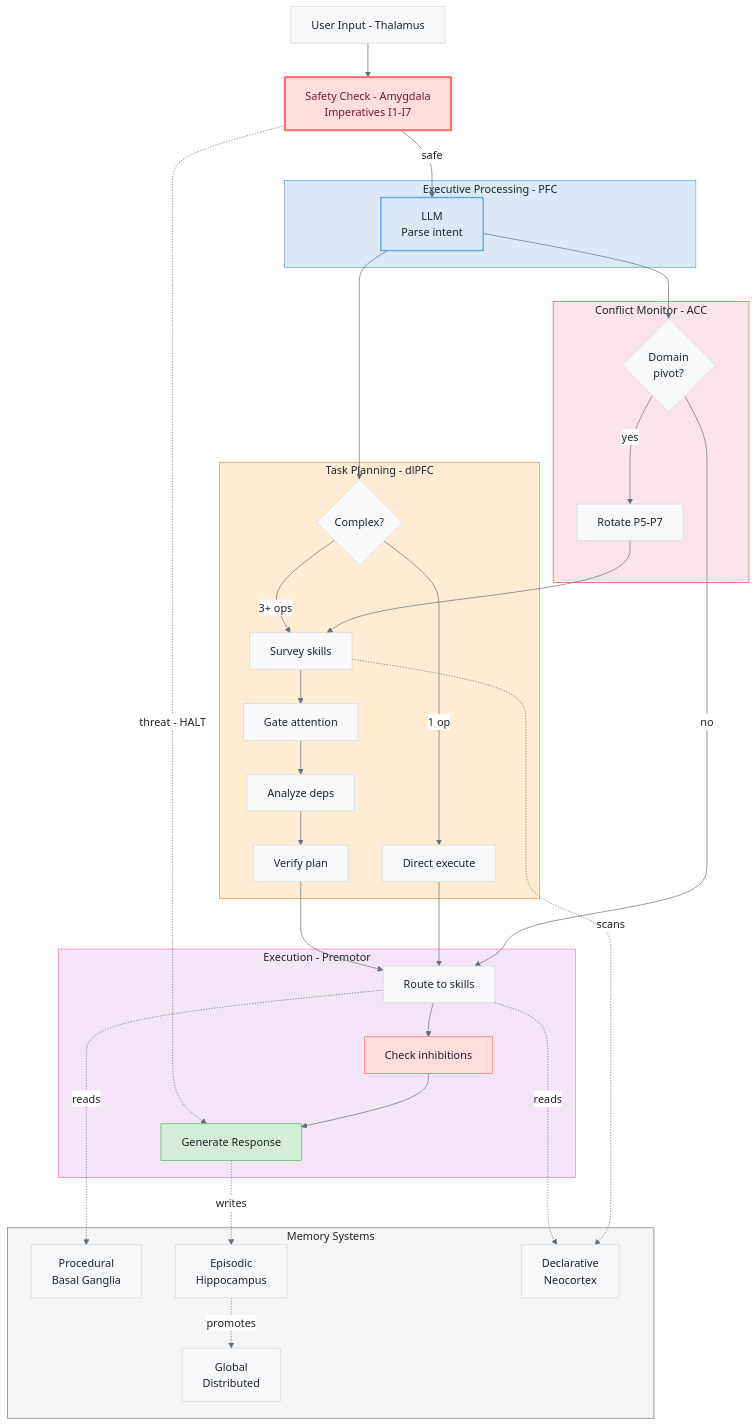
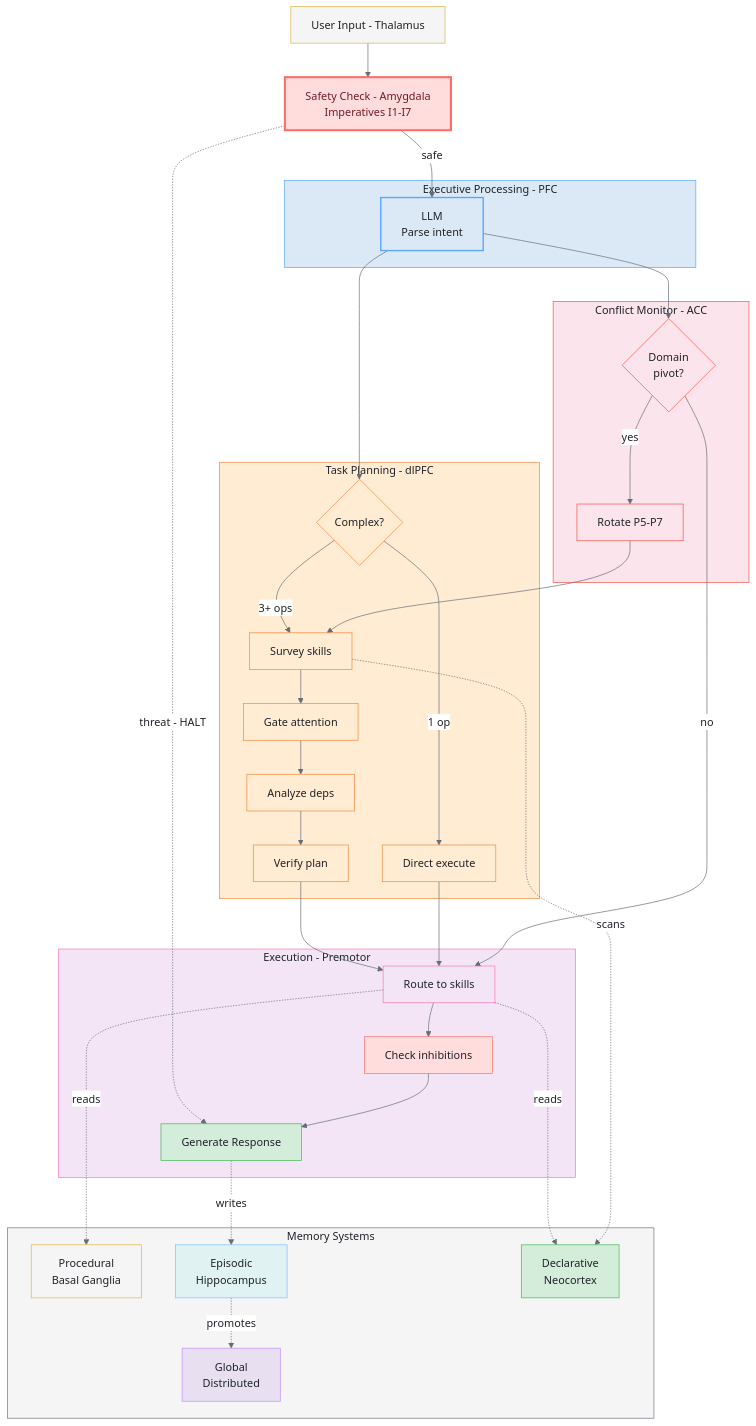
One commit to fabioc-aloha/Alex_Plug_In changed the second of 3 diagrams in alex_docs/architecture/NEUROANATOMICAL-MAPPING.md. Above: the diagram before and after it, drawn with Mermaid. The commit also changed other lines of this file, not shown here.

First line of the commit message:
style: tint all nodes to match parent cluster - no more white boxes

````diff
--- a/alex_docs/architecture/NEUROANATOMICAL-MAPPING.md
+++ b/alex_docs/architecture/NEUROANATOMICAL-MAPPING.md
@@ -395,67 +422,81 @@
 ```mermaid
 %%{init: {'theme': 'base', 'themeVariables': { 'primaryColor': '#f6f8fa', 'primaryTextColor': '#1f2328', 'primaryBorderColor': '#d1d9e0', 'lineColor': '#656d76', 'secondaryColor': '#f6f8fa', 'tertiaryColor': '#ffffff', 'background': '#ffffff', 'mainBkg': '#f6f8fa', 'nodeBorder': '#d1d9e0', 'clusterBkg': '#f6f8fa', 'clusterBorder': '#d1d9e0', 'titleColor': '#1f2328', 'edgeLabelBackground': '#ffffff'}}}%%
 flowchart TB
     INPUT["User Input - Thalamus"]
     SAFETY["Safety Check - Amygdala<br/>Imperatives I1-I7"]
 
     subgraph EXEC["Executive Processing - PFC"]
         LLM["LLM<br/>Parse intent"]
     end
 
     subgraph PLAN["Task Planning - dlPFC"]
         COMPLEX{"Complex?"}
         SSO_SURVEY["Survey skills"]
         SSO_GATE["Gate attention"]
         SSO_DEPS["Analyze deps"]
         SSO_VERIFY["Verify plan"]
         SIMPLE["Direct execute"]
     end
 
     subgraph MONITOR["Conflict Monitor - ACC"]
         PIVOT{"Domain<br/>pivot?"}
         SLOTS["Rotate P5-P7"]
     end
 
     subgraph EXECUTE["Execution - Premotor"]
         ROUTE["Route to skills"]
         INHIBIT["Check inhibitions"]
         OUTPUT["Generate Response"]
     end
 
     subgraph MEMORY["Memory Systems"]
         PROC["Procedural<br/>Basal Ganglia"]
         EPIS["Episodic<br/>Hippocampus"]
         DECL["Declarative<br/>Neocortex"]
         GLOB["Global<br/>Distributed"]
     end
 
     INPUT --> SAFETY
     SAFETY -->|"safe"| LLM
     SAFETY -.->|"threat - HALT"| OUTPUT
     LLM --> COMPLEX
     COMPLEX -->|"3+ ops"| SSO_SURVEY --> SSO_GATE --> SSO_DEPS --> SSO_VERIFY --> ROUTE
     COMPLEX -->|"1 op"| SIMPLE --> ROUTE
     LLM --> PIVOT
     PIVOT -->|"yes"| SLOTS --> SSO_SURVEY
     PIVOT -->|"no"| ROUTE
     ROUTE --> INHIBIT --> OUTPUT
 
     ROUTE -.->|"reads"| PROC
     ROUTE -.->|"reads"| DECL
     SSO_SURVEY -.->|"scans"| DECL
     OUTPUT -.->|"writes"| EPIS
     EPIS -.->|"promotes"| GLOB
 
     %% Cluster styles - light fills, Alex palette strokes
     style EXEC fill:#dbe9f6,stroke:#58a6ff,color:#1f2328
     style PLAN fill:#ffecd2,stroke:#f0883e,color:#1f2328
     style MONITOR fill:#fce4ec,stroke:#f85149,color:#1f2328
     style EXECUTE fill:#f3e5f5,stroke:#f778ba,color:#1f2328
     style MEMORY fill:#f5f5f5,stroke:#6c757d,color:#1f2328
 
-    %% Key node accents
+    %% Node fills matching parent clusters
+    style INPUT fill:#f5f5f5,stroke:#e3b341,color:#1f2328
     style LLM fill:#dbe9f6,stroke:#58a6ff,color:#1f2328,stroke-width:2px
     style SAFETY fill:#fdd,stroke:#ff6b6b,color:#721c24,stroke-width:3px
+    style COMPLEX fill:#ffecd2,stroke:#f0883e,color:#1f2328
+    style SSO_SURVEY fill:#ffecd2,stroke:#f0883e,color:#1f2328
+    style SSO_GATE fill:#ffecd2,stroke:#f0883e,color:#1f2328
+    style SSO_DEPS fill:#ffecd2,stroke:#f0883e,color:#1f2328
+    style SSO_VERIFY fill:#ffecd2,stroke:#f0883e,color:#1f2328
+    style SIMPLE fill:#ffecd2,stroke:#f0883e,color:#1f2328
+    style PIVOT fill:#fce4ec,stroke:#f85149,color:#1f2328
+    style SLOTS fill:#fce4ec,stroke:#f85149,color:#1f2328
+    style ROUTE fill:#f3e5f5,stroke:#f778ba,color:#1f2328
     style INHIBIT fill:#fdd,stroke:#ff6b6b,color:#1f2328
     style OUTPUT fill:#d4edda,stroke:#3fb950,color:#1f2328
+    style PROC fill:#f5f5f5,stroke:#e3b341,color:#1f2328
+    style EPIS fill:#e0f2f1,stroke:#79c0ff,color:#1f2328
+    style DECL fill:#d4edda,stroke:#3fb950,color:#1f2328
+    style GLOB fill:#e8e0f0,stroke:#bc8cff,color:#1f2328
 ```
````
